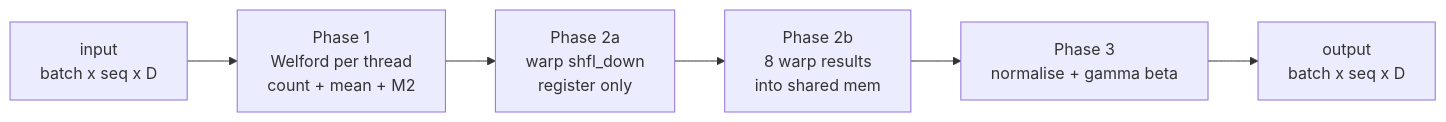
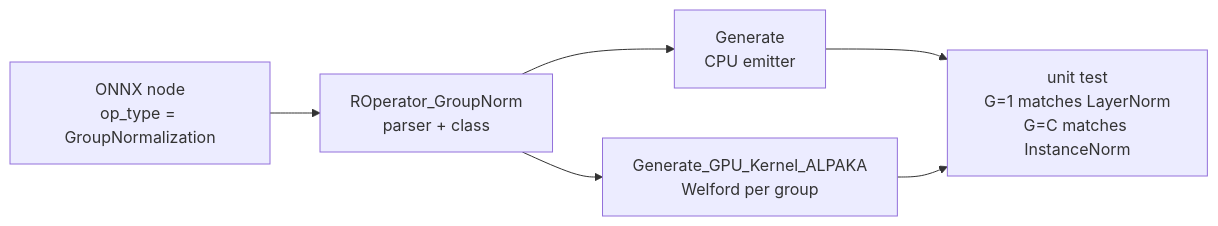
One commit to Mmadan128/SOFIE-GSoC-26 changed the fourth of 5 diagrams in operators.md. Above: the diagram before and after it, drawn with Mermaid. The commit also changed other lines of this file, not shown here.

````diff
--- a/operators.md
+++ b/operators.md
@@ -164,8 +265,8 @@
 ```mermaid
 flowchart LR
-    A[input\nbatch x seq x D] --> B[Phase 1\nWelford per thread\ncount + mean + M2]
-    B --> C[Phase 2a\nwarp shfl_down\nregister only]
-    C --> D[Phase 2b\n8 warp results\ninto shared mem]
-    D --> E[Phase 3\nnormalise + gamma beta]
-    E --> F[output\nbatch x seq x D]
+    A[ONNX node\nop_type = GroupNormalization] --> B[ROperator_GroupNorm\nparser + class]
+    B --> C[Generate\nCPU emitter]
+    B --> D[Generate_GPU_Kernel_ALPAKA\nWelford per group]
+    C --> E[unit test\nG=1 matches LayerNorm\nG=C matches InstanceNorm]
+    D --> E
 ```
````
